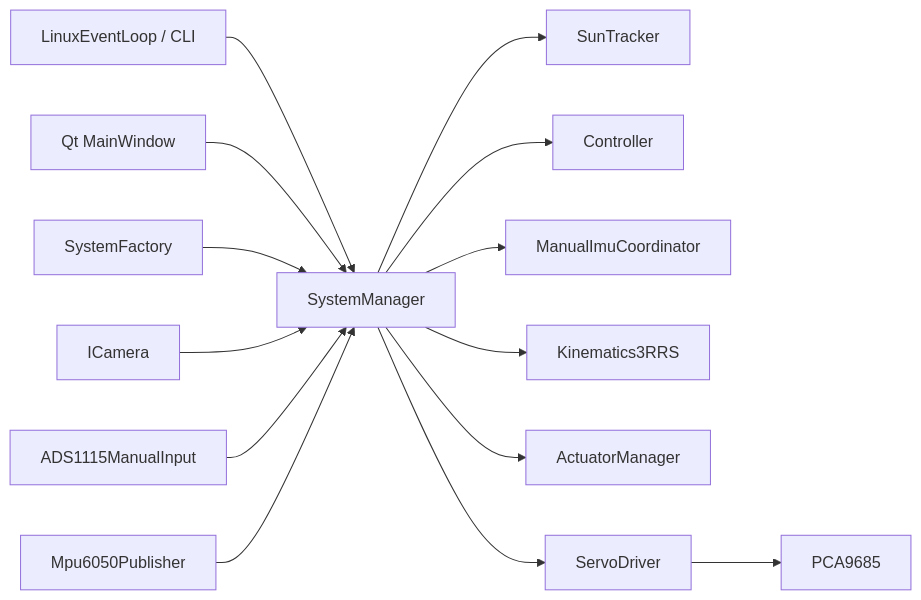
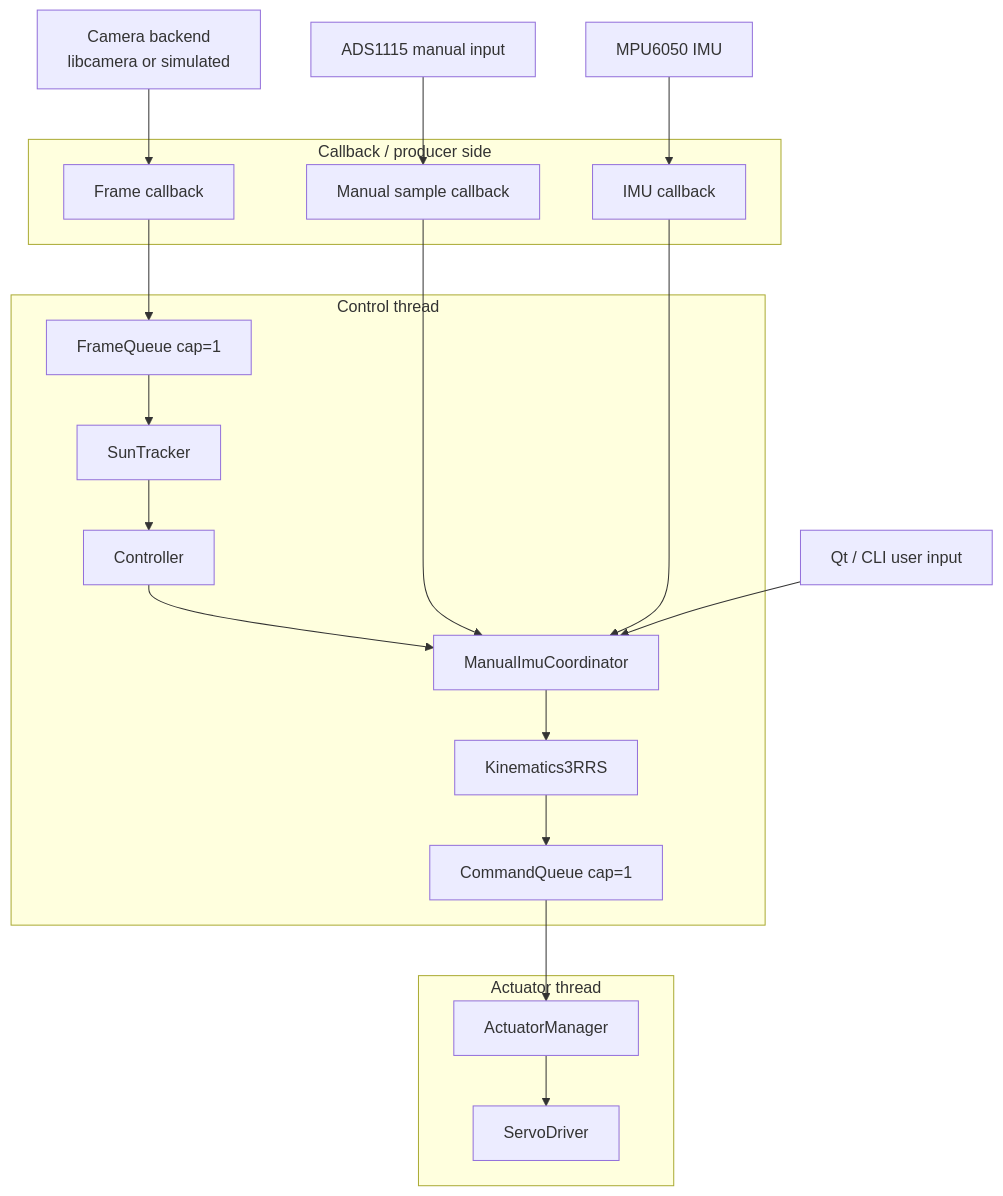
The fifth of 5 diagrams in docs/system_architecture.md (fadihalteh/sun2), drawn with Mermaid before and after one commit. The commit also changed other lines of this file and 10 other files, not shown here.

````diff
--- a/docs/system_architecture.md
+++ b/docs/system_architecture.md
@@ -44,35 +351,35 @@
 ```mermaid
-flowchart LR
-    CLI[LinuxEventLoop / CLI]
-    GUI[Qt MainWindow]
-    FACTORY[SystemFactory]
-    MANAGER[SystemManager]
+flowchart TB
+  CAM["Camera backend<br/>libcamera or simulated"]
+  ADS["ADS1115 manual input"]
+  MPU["MPU6050 IMU"]
+  PI["Qt / CLI user input"]
 
-    CAM[ICamera]
-    TRACKER[SunTracker]
-    CTRL[Controller]
-    MIC[ManualImuCoordinator]
-    KIN[Kinematics3RRS]
-    ACT[ActuatorManager]
-    SERVO[ServoDriver]
-    PWM[PCA9685]
+  subgraph T1["Callback / producer side"]
+    CAMCB["Frame callback"]
+    ADSCB["Manual sample callback"]
+    MPUCB["IMU callback"]
+  end
 
-    ADS[ADS1115ManualInput]
-    MPU[Mpu6050Publisher]
+  subgraph T2["Control thread"]
+    FQ["FrameQueue cap=1"]
+    ST["SunTracker"]
+    CTRL["Controller"]
+    MIC["ManualImuCoordinator"]
+    KIN["Kinematics3RRS"]
+    CQ["CommandQueue cap=1"]
+  end
 
-    CLI --> MANAGER
-    GUI --> MANAGER
-    FACTORY --> MANAGER
+  subgraph T3["Actuator thread"]
+    ACT["ActuatorManager"]
+    SERVO["ServoDriver"]
+  end
 
-    CAM --> MANAGER
-    MANAGER --> TRACKER
-    MANAGER --> CTRL
-    MANAGER --> MIC
-    MANAGER --> KIN
-    MANAGER --> ACT
-    MANAGER --> SERVO
-    SERVO --> PWM
+  CAM --> CAMCB --> FQ
+  FQ --> ST --> CTRL --> MIC --> KIN --> CQ
+  CQ --> ACT --> SERVO
 
-    ADS --> MANAGER
-    MPU --> MANAGER
+  ADS --> ADSCB --> MIC
+  MPU --> MPUCB --> MIC
+  PI --> MIC
 ```
````
